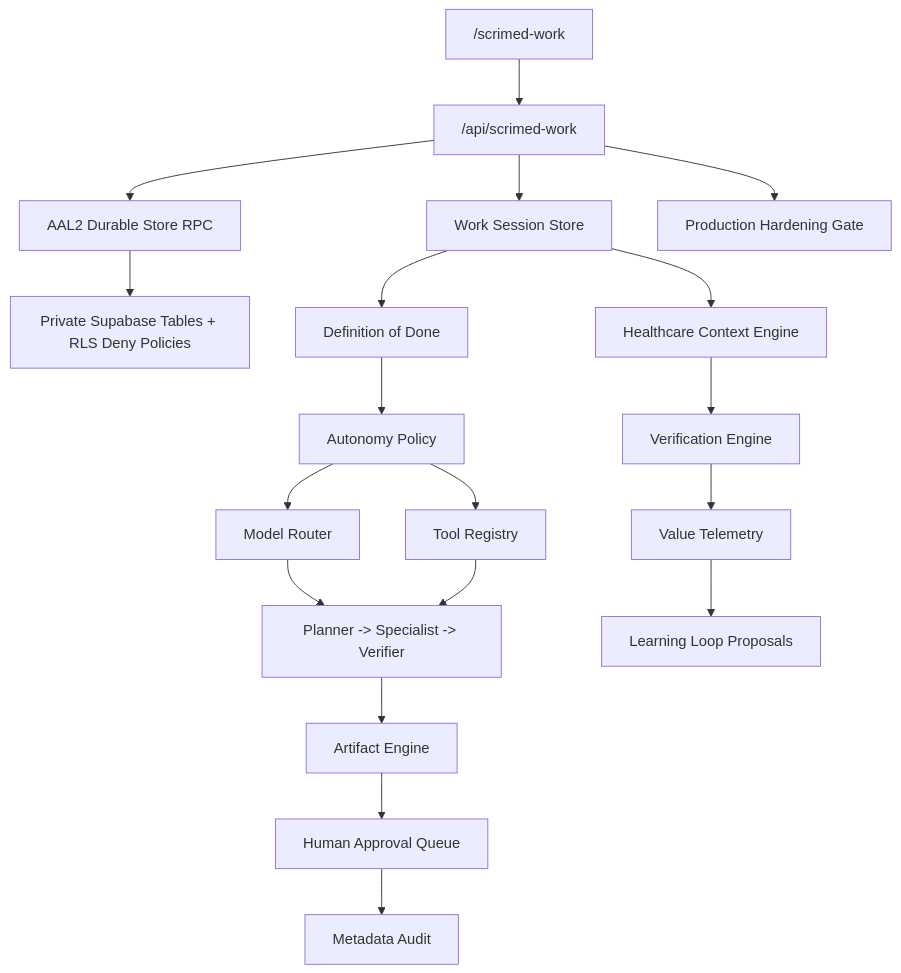
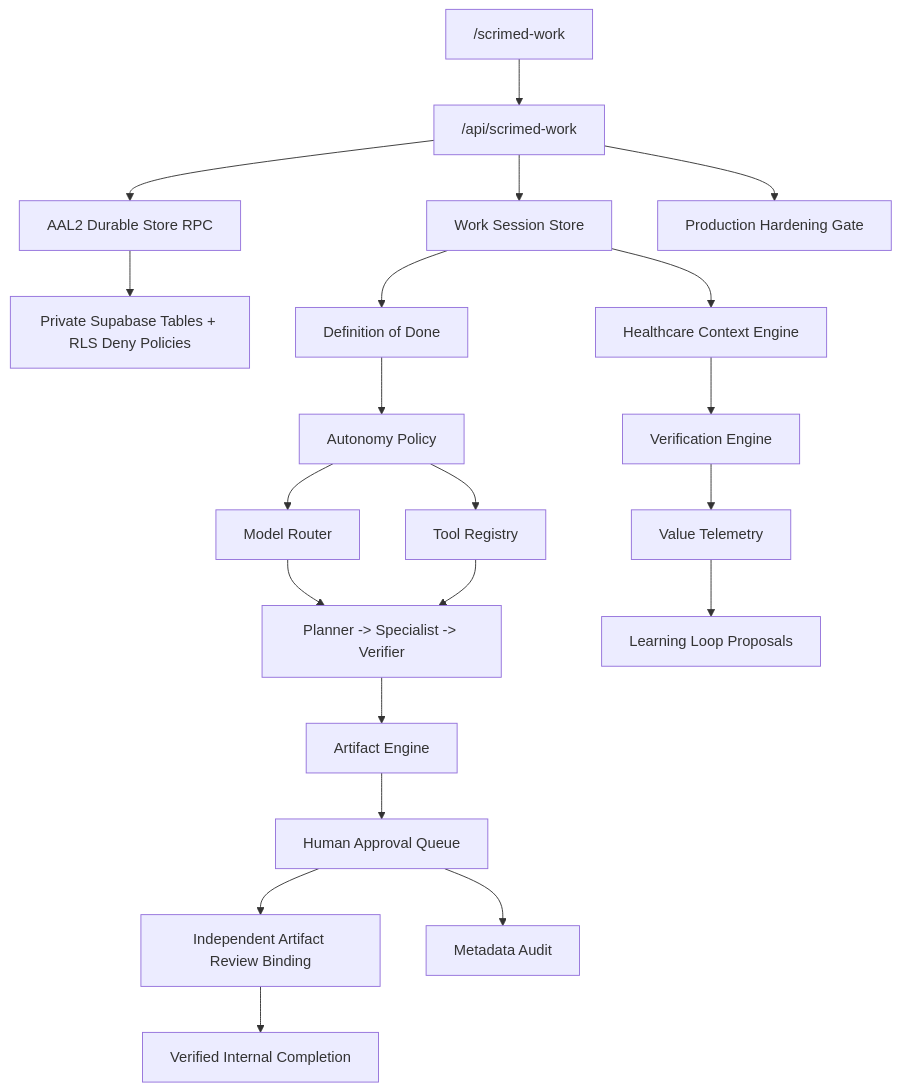
Before and after one commit to temitayodahunsi777/scrimed-site: the diagram in docs/scrimed-work.md, drawn with Mermaid. The commit also changed other lines of this file and 57 other files, not shown here.

Commit message:
Harden governed artifact review and investor readiness

````diff
--- a/docs/scrimed-work.md
+++ b/docs/scrimed-work.md
@@ -13,21 +13,23 @@
 ```mermaid
 flowchart TD
   UI["/scrimed-work"] --> API["/api/scrimed-work"]
   API --> Session["Work Session Store"]
   API --> Durable["AAL2 Durable Store RPC"]
   API --> Hardening["Production Hardening Gate"]
   Durable --> RLS["Private Supabase Tables + RLS Deny Policies"]
   Session --> Contract["Definition of Done"]
   Contract --> Policy["Autonomy Policy"]
   Policy --> Router["Model Router"]
   Policy --> Tools["Tool Registry"]
   Session --> Context["Healthcare Context Engine"]
   Context --> Verify["Verification Engine"]
   Router --> Agents["Planner -> Specialist -> Verifier"]
   Tools --> Agents
   Agents --> Artifact["Artifact Engine"]
   Artifact --> Approval["Human Approval Queue"]
+  Approval --> Review["Independent Artifact Review Binding"]
+  Review --> Complete["Verified Internal Completion"]
   Verify --> Telemetry["Value Telemetry"]
   Approval --> Audit["Metadata Audit"]
   Telemetry --> Learning["Learning Loop Proposals"]
 ```
````
